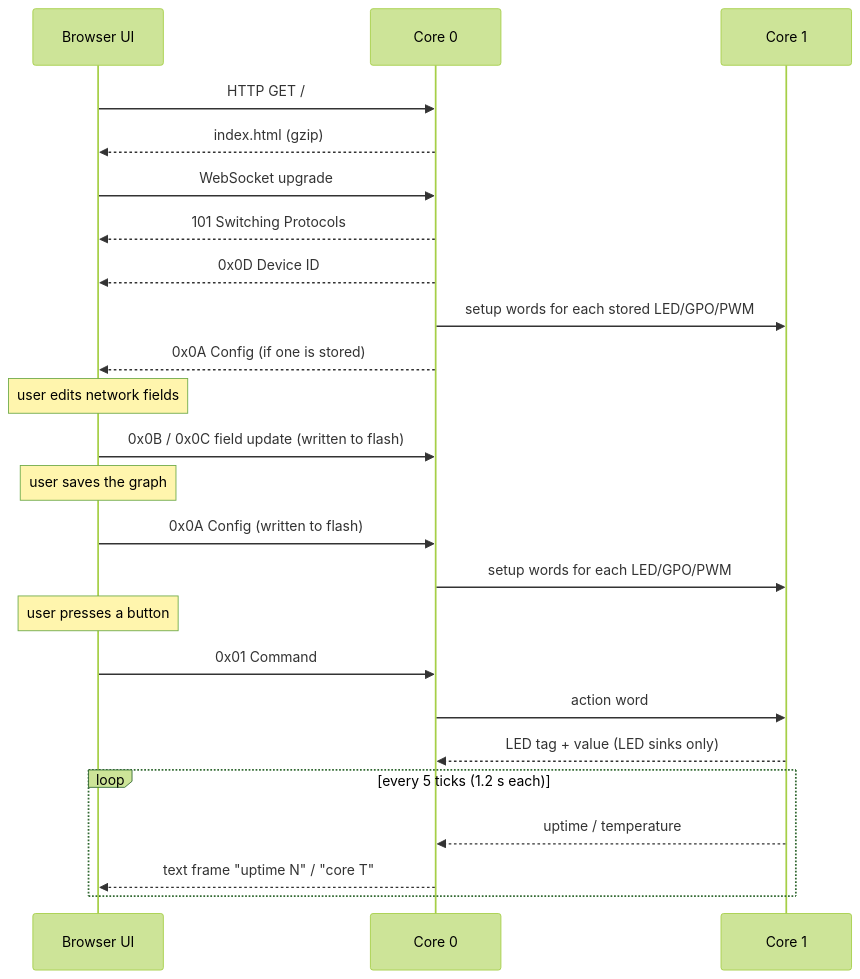
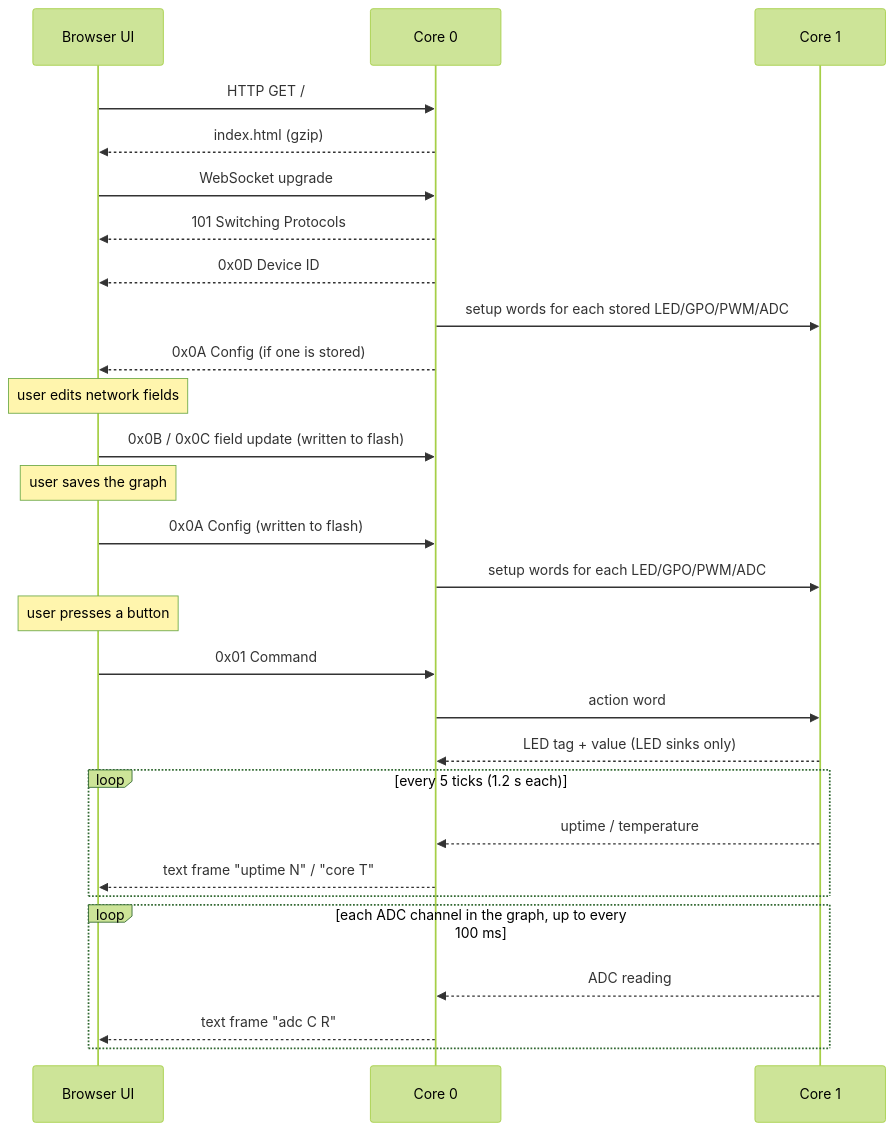
Before and after one commit to anroleroux/neograph: the second of 3 diagrams in PROTOCOL.md, drawn with Mermaid (forest theme). The commit also changed other lines of this file and 17 other files, not shown here.

````diff
--- a/PROTOCOL.md
+++ b/PROTOCOL.md
@@ -54,26 +54,30 @@
 ```mermaid
 sequenceDiagram
     participant UI as Browser UI
     participant C0 as Core 0
     participant C1 as Core 1
     UI->>C0: HTTP GET /
     C0-->>UI: index.html (gzip)
     UI->>C0: WebSocket upgrade
     C0-->>UI: 101 Switching Protocols
     C0-->>UI: 0x0D Device ID
-    C0->>C1: setup words for each stored LED/GPO/PWM
+    C0->>C1: setup words for each stored LED/GPO/PWM/ADC
     C0-->>UI: 0x0A Config (if one is stored)
     Note over UI: user edits network fields
     UI->>C0: 0x0B / 0x0C field update (written to flash)
     Note over UI: user saves the graph
     UI->>C0: 0x0A Config (written to flash)
-    C0->>C1: setup words for each LED/GPO/PWM
+    C0->>C1: setup words for each LED/GPO/PWM/ADC
     Note over UI: user presses a button
     UI->>C0: 0x01 Command
     C0->>C1: action word
     C1-->>C0: LED tag + value (LED sinks only)
     loop every 5 ticks (1.2 s each)
         C1-->>C0: uptime / temperature
         C0-->>UI: text frame "uptime N" / "core T"
     end
+    loop each ADC channel in the graph, up to every 100 ms
+        C1-->>C0: ADC reading
+        C0-->>UI: text frame "adc C R"
+    end
 ```
````
